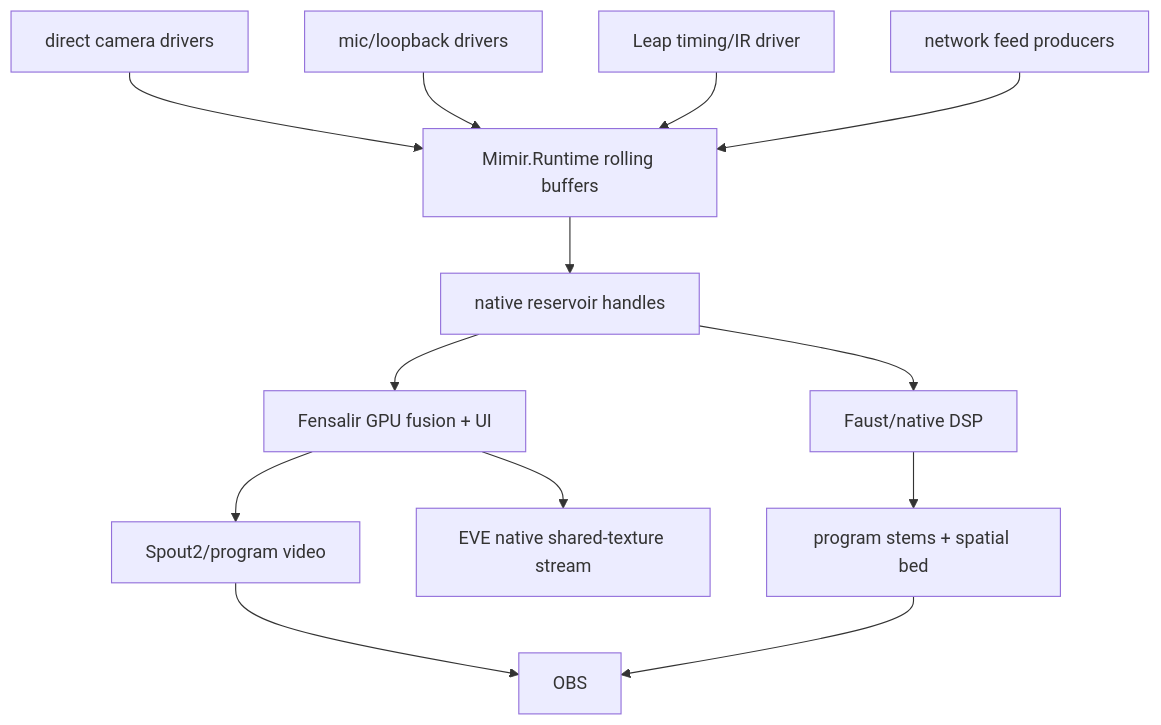
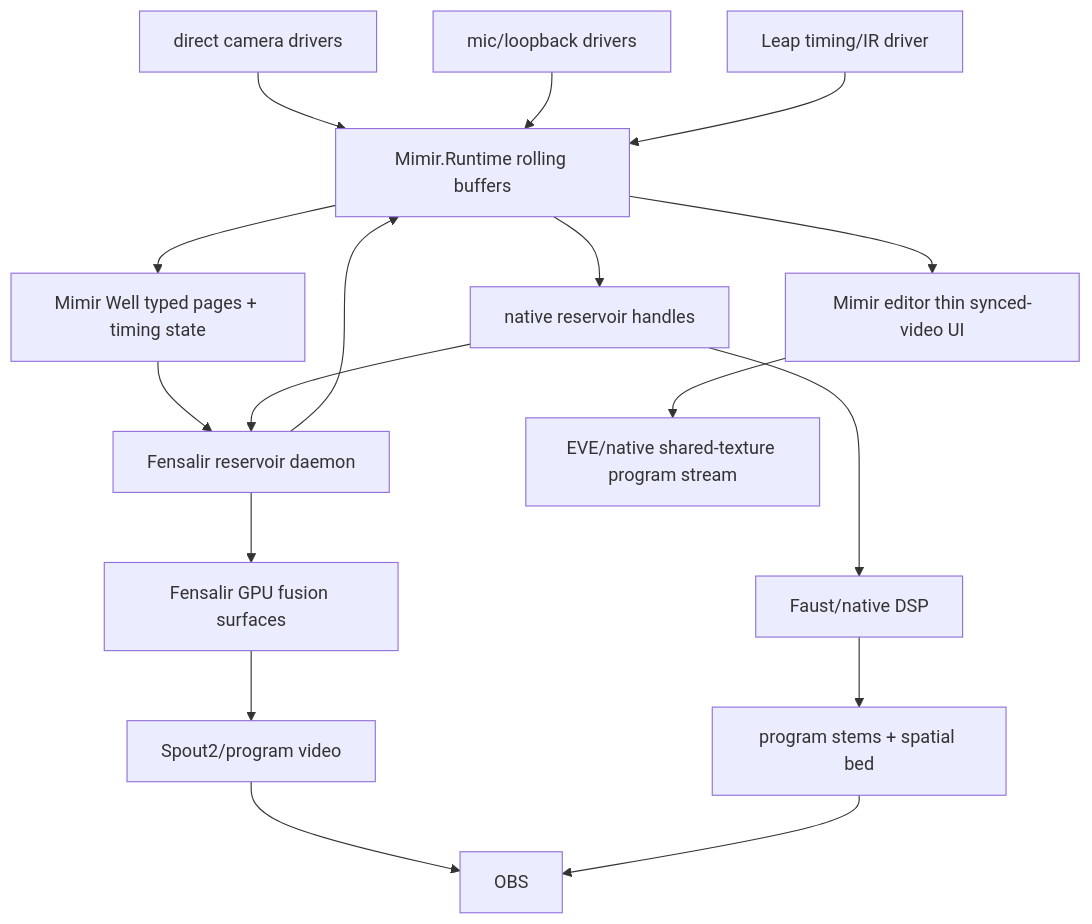
One commit to GameCult/Mimir changed the first of 2 diagrams in notes/current-system-map.md. Above: the diagram before and after it, drawn with Mermaid. The commit also changed other lines of this file and 7 other files, not shown here.

Commit message:
Separate editor presentation from reservoir work

````diff
--- a/notes/current-system-map.md
+++ b/notes/current-system-map.md
@@ -19,15 +19,19 @@
 ```mermaid
 flowchart TD
     A["direct camera drivers"] --> R["Mimir.Runtime rolling buffers"]
     B["mic/loopback drivers"] --> R
     C["Leap timing/IR driver"] --> R
     D["network feed producers"] --> R
     R --> N["native reservoir handles"]
-    N --> E["Fensalir GPU fusion + UI"]
+    R --> W["Mimir Well typed pages + timing state"]
+    W --> D["Fensalir reservoir daemon"]
+    N --> D
+    D --> E["Fensalir GPU fusion surfaces"]
+    R --> U["Mimir editor thin synced-video UI"]
     N --> F["Faust/native DSP"]
     E --> G["Spout2/program video"]
-    E --> V["EVE native shared-texture stream"]
+    U --> V["EVE/native shared-texture program stream"]
     F --> H["program stems + spatial bed"]
     G --> I["OBS"]
     H --> I
 ```
````
